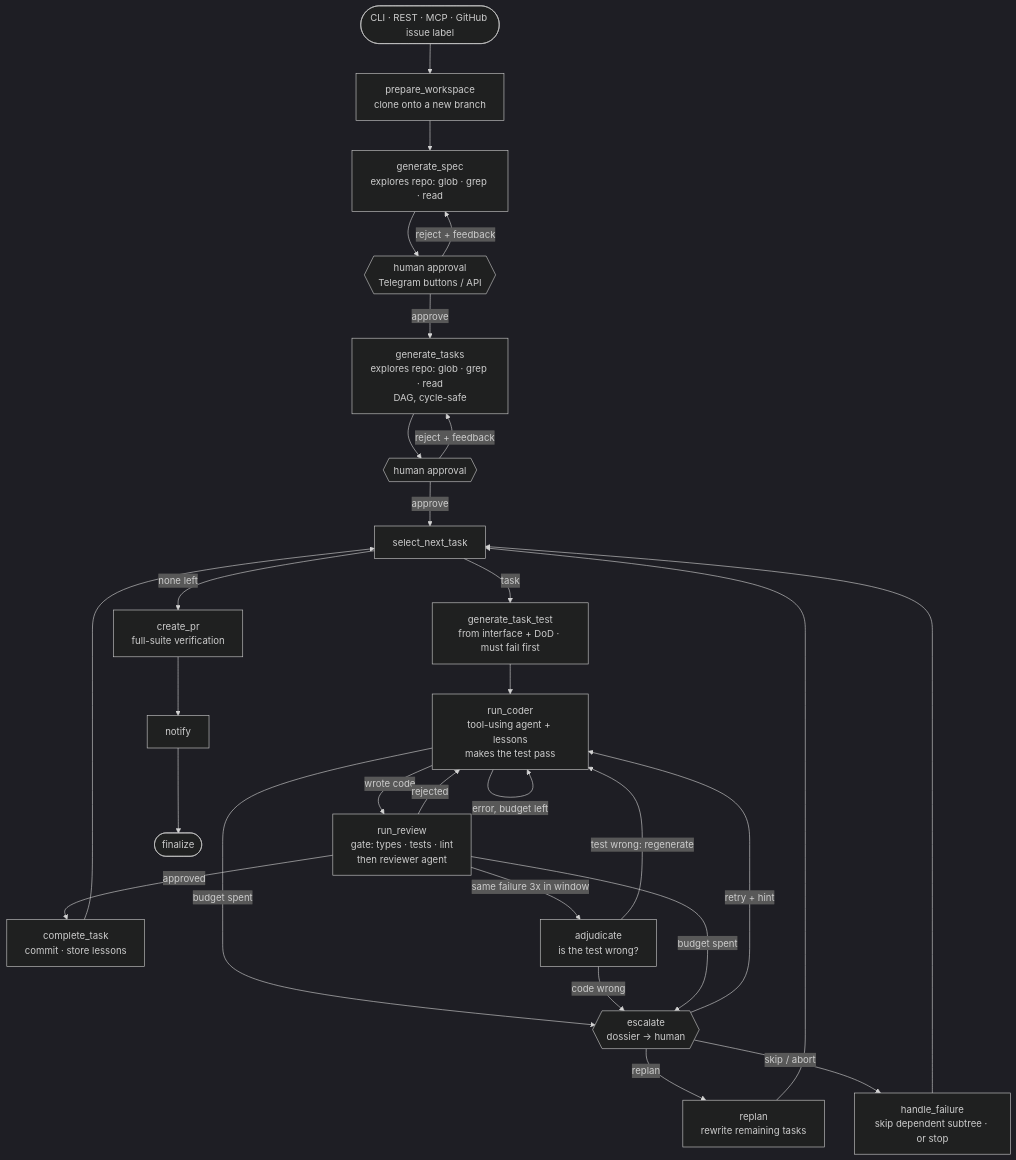
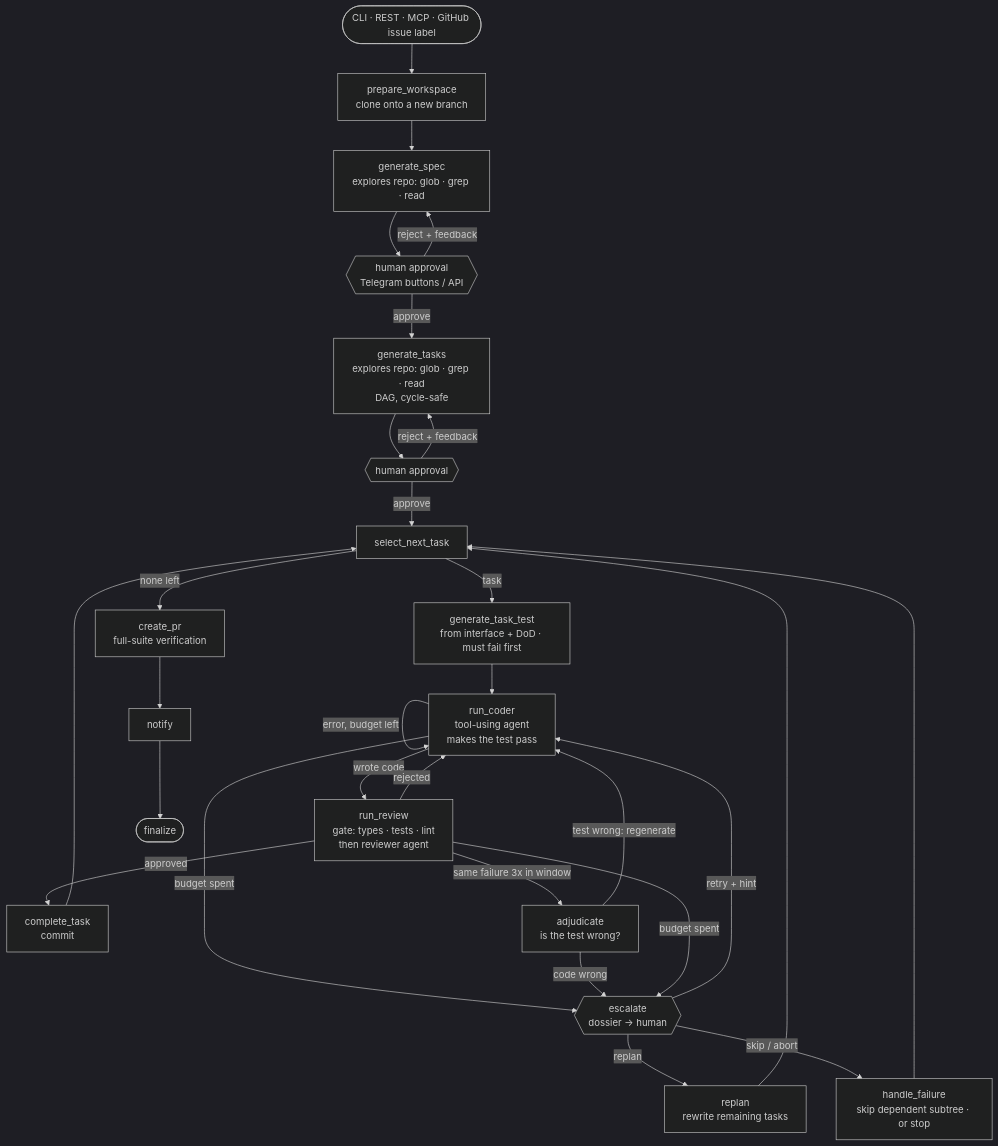
One commit to gavrilovdm/agentflow changed the diagram in README.md. Above: the diagram before and after it, drawn with Mermaid (dark theme). The commit also changed other lines of this file and 42 other files, not shown here.

First line of the commit message:
Remove the AWS stack, Prometheus and cross-run lessons (#10)

````diff
--- a/README.md
+++ b/README.md
@@ -7,29 +7,29 @@
 ```mermaid
 flowchart TD
     trigger([CLI · REST · MCP · GitHub issue label]) --> prep[prepare_workspace<br/>clone onto a new branch]
     prep --> spec[generate_spec<br/>explores repo: glob · grep · read]
     spec --> hitl1{{human approval<br/>Telegram buttons / API}}
     hitl1 -- reject + feedback --> spec
     hitl1 -- approve --> plan[generate_tasks<br/>explores repo: glob · grep · read<br/>DAG, cycle-safe]
     plan --> hitl2{{human approval}}
     hitl2 -- reject + feedback --> plan
     hitl2 -- approve --> select[select_next_task]
     select -- task --> tests[generate_task_test<br/>from interface + DoD · must fail first]
-    tests --> coder[run_coder<br/>tool-using agent + lessons<br/>makes the test pass]
+    tests --> coder[run_coder<br/>tool-using agent<br/>makes the test pass]
     coder -- wrote code --> review[run_review<br/>gate: types · tests · lint<br/>then reviewer agent]
     coder -- error, budget left --> coder
     coder -- budget spent --> esc
-    review -- approved --> done[complete_task<br/>commit · store lessons]
+    review -- approved --> done[complete_task<br/>commit]
     review -- rejected --> coder
     review -- same failure 3x in window --> referee[adjudicate<br/>is the test wrong?]
     referee -- test wrong: regenerate --> coder
     referee -- code wrong --> esc{{escalate<br/>dossier → human}}
     review -- budget spent --> esc
     esc -- retry + hint --> coder
     esc -- replan --> replan[replan<br/>rewrite remaining tasks] --> select
     esc -- skip / abort --> fail[handle_failure<br/>skip dependent subtree · or stop]
     done --> select
     fail --> select
     select -- none left --> pr[create_pr<br/>full-suite verification]
     pr --> notify[notify] --> fin([finalize])
 ```
````
